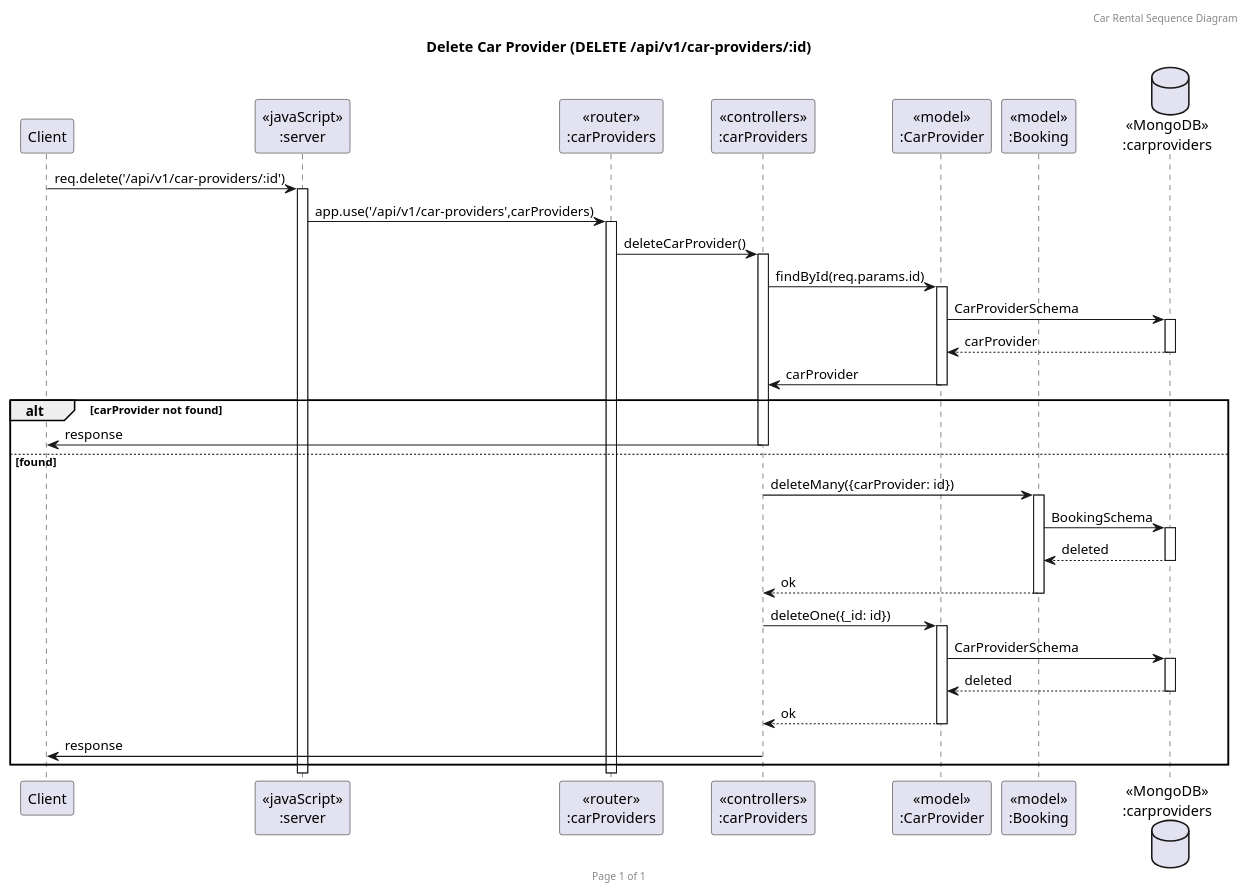
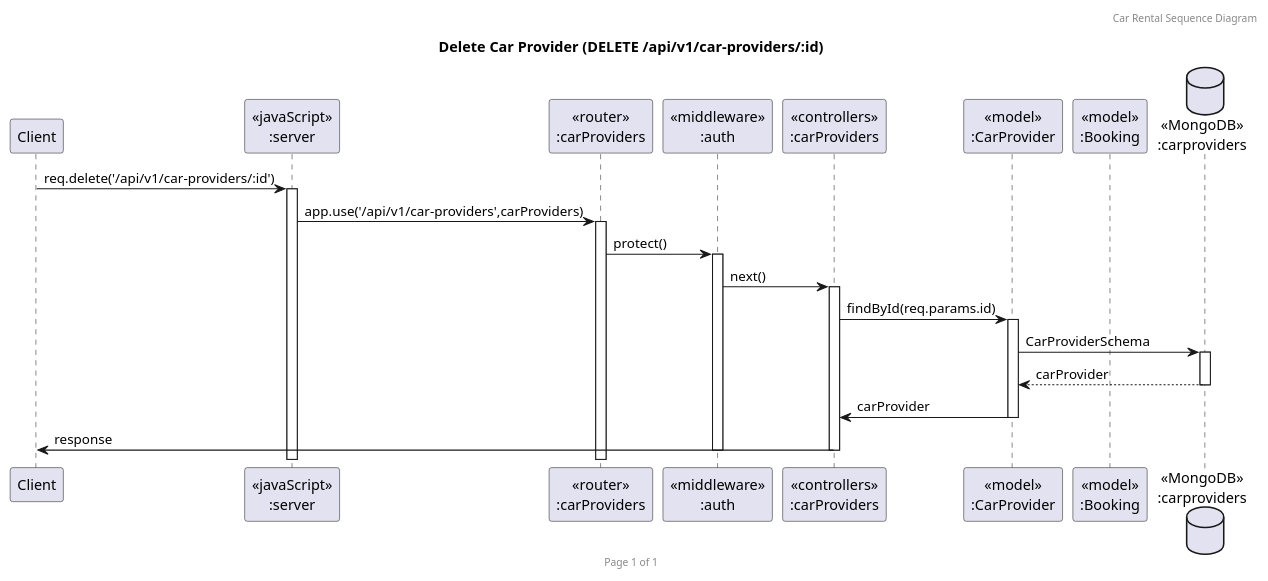
One commit to 2110503-CEDT68/be-project-68-paopaopao changed the diagram in UML/Sequence_Provider_DELETE.puml. Above: the diagram before and after it, drawn with PlantUML. The commit also changed 9 other files, not shown here.

Commit message:
Fix: sequence diagram fix

```diff
--- a/UML/Sequence_Provider_DELETE.puml
+++ b/UML/Sequence_Provider_DELETE.puml
@@ -1,36 +1,27 @@
 @startuml Sequence_Provider_DELETE
 
 header Car Rental Sequence Diagram
 footer Page %page% of %lastpage%
 title "Delete Car Provider (DELETE /api/v1/car-providers/:id)"
 
 participant "Client" as client
 participant "<<javaScript>>\n:server" as server
 participant "<<router>>\n:carProviders" as routerCarProviders
+participant "<<middleware>>\n:auth" as middlewareAuth
 participant "<<controllers>>\n:carProviders" as controllersCarProviders
 participant "<<model>>\n:CarProvider" as modelCarProvider
 participant "<<model>>\n:Booking" as modelBooking
 database "<<MongoDB>>\n:carproviders" as CarProvidersDatabase
 
 client->server ++:req.delete('/api/v1/car-providers/:id')
 server->routerCarProviders ++:app.use('/api/v1/car-providers',carProviders)
-routerCarProviders -> controllersCarProviders ++:deleteCarProvider()
+routerCarProviders->middlewareAuth ++:protect()
+middlewareAuth->controllersCarProviders ++:next()
 controllersCarProviders->modelCarProvider ++:findById(req.params.id)
 modelCarProvider ->CarProvidersDatabase ++: CarProviderSchema
 CarProvidersDatabase -->modelCarProvider --: carProvider
 controllersCarProviders <- modelCarProvider --:carProvider
-alt carProvider not found
-    controllersCarProviders->client --:response
-else found
-    controllersCarProviders->modelBooking ++:deleteMany({carProvider: id})
-    modelBooking->CarProvidersDatabase ++: BookingSchema
-    CarProvidersDatabase-->modelBooking --: deleted
-    controllersCarProviders<--modelBooking --: ok
-    controllersCarProviders->modelCarProvider ++:deleteOne({_id: id})
-    modelCarProvider->CarProvidersDatabase ++: CarProviderSchema
-    CarProvidersDatabase-->modelCarProvider --: deleted
-    controllersCarProviders<--modelCarProvider --: ok
-    controllersCarProviders->client --:response
-end
+controllersCarProviders->client --:response
+deactivate middlewareAuth
 
 @enduml
```
